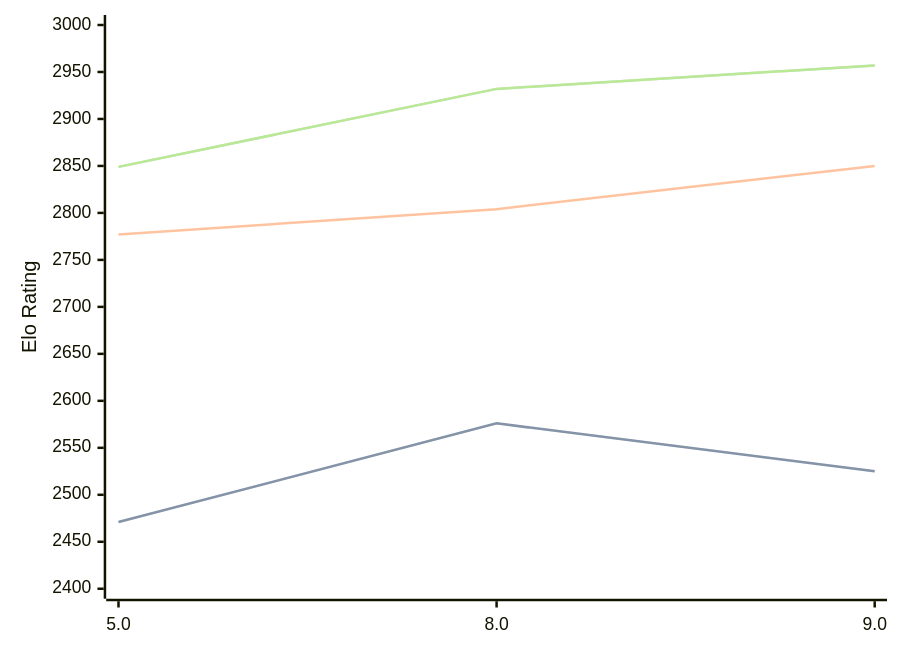
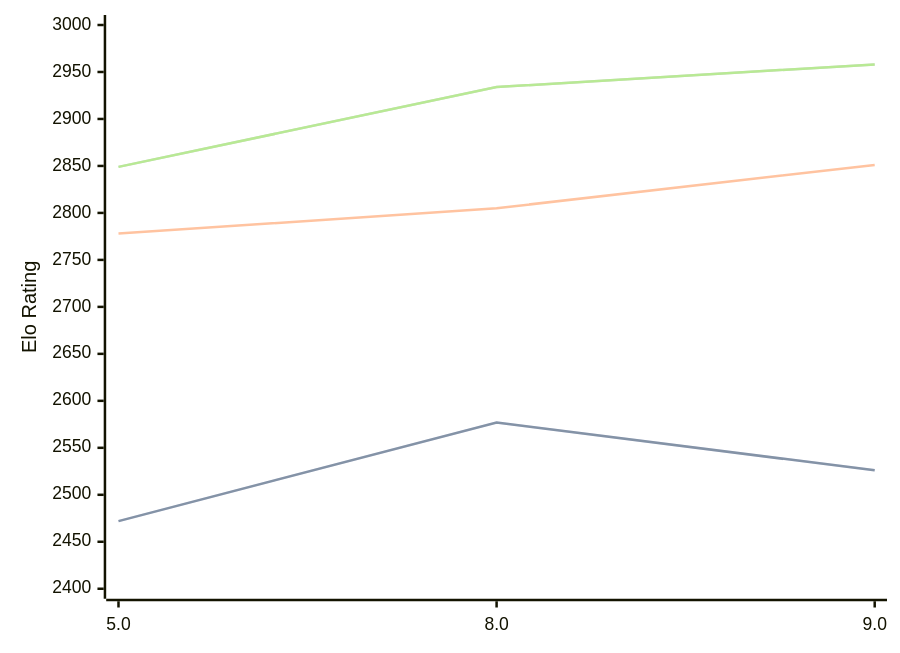
Before and after one commit to computer-chess-index/cci: the diagram in engines/4kc.md, drawn with Mermaid. The commit also changed other lines of this file, not shown here.

Commit message:
Update CCI Ratings (ELO VLTC) - 2026-07-24

````diff
--- a/engines/4kc.md
+++ b/engines/4kc.md
@@ -42,11 +42,11 @@
 ```mermaid
 %%{init: {"theme":"base","themeVariables":{"seriesColors:['#a3a3a3','#222221','#faa371']}}}%%
 xychart-beta
   x-axis ["5.0", "8.0", "9.0"]
   y-axis "Elo Rating" 2400 --> 3000
-  line "STC (8.0+0.08s)" [2471, 2576, 2525]
-  line "STC (8.0+0.08s)" [2471, 2576, 2525]
-  line "LTC (60.0+0.60s)" [2777, 2804, 2850]
-  line "VLTC (2m24s+1.12s)" [2849, 2932, 2957]
-  line "VLTC (2m24s+1.12s)" [2849, 2932, 2957]
+  line "STC (8.0+0.08s)" [2472, 2577, 2526]
+  line "STC (8.0+0.08s)" [2472, 2577, 2526]
+  line "LTC (60.0+0.60s)" [2778, 2805, 2851]
+  line "VLTC (2m24s+1.12s)" [2849, 2934, 2958]
+  line "VLTC (2m24s+1.12s)" [2849, 2934, 2958]
 ```
````
